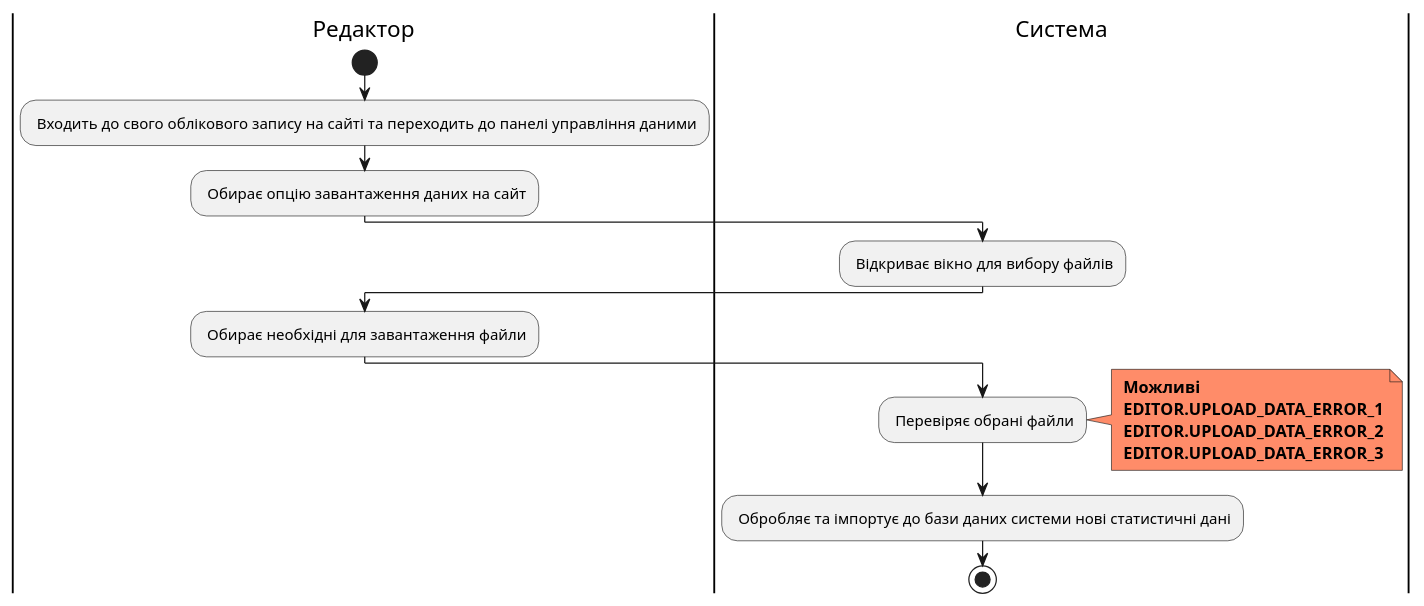
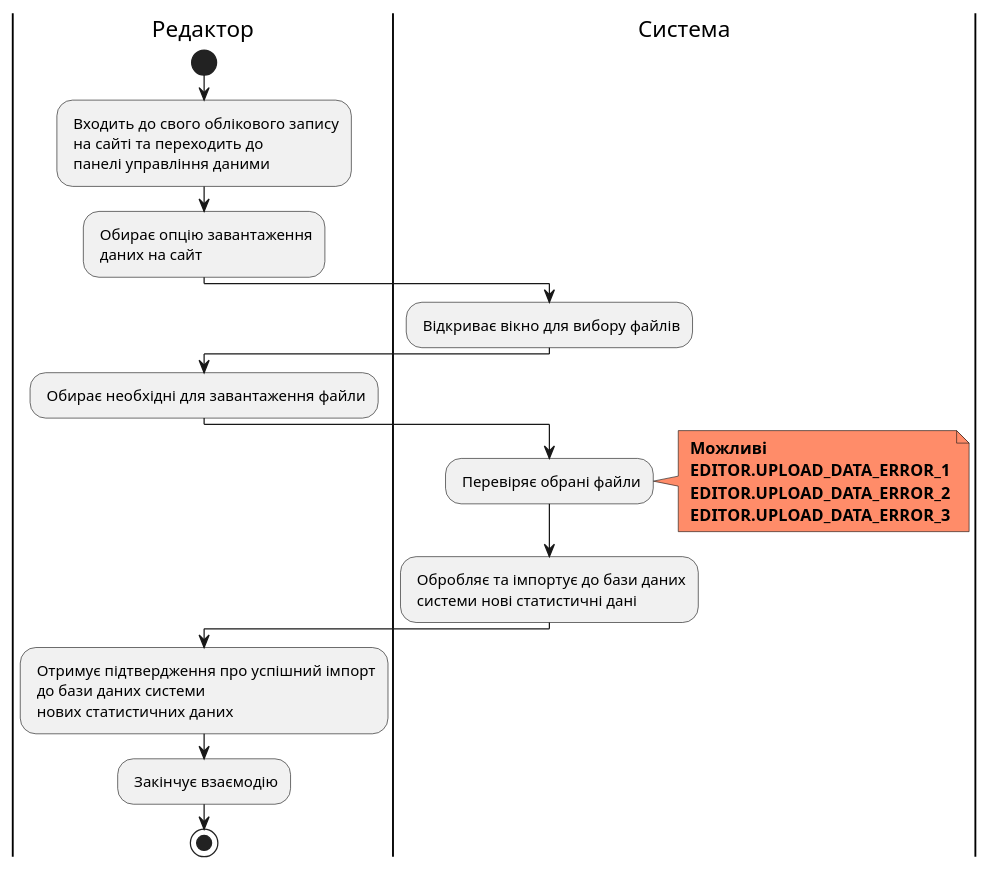
Diagram 13 of 19 in docs/use cases/README.md (edu-db/edu_db_labs), drawn with PlantUML before and after one commit. The commit also changed other lines of this file, not shown here.

```diff
--- a/docs/use cases/README.md
+++ b/docs/use cases/README.md
@@ -879,28 +906,31 @@
 @startuml
 
 |Редактор|
 start;
-: Входить до свого облікового запису на сайті та переходить до панелі управління даними;
-: Обирає опцію завантаження даних на сайт;
+: Входить до свого облікового запису\n на сайті та переходить до\n панелі управління даними;
+: Обирає опцію завантаження\n даних на сайт;
 
 |Система|
 : Відкриває вікно для вибору файлів;
 
 |Редактор|
 : Обирає необхідні для завантаження файли;
 
 |Система|
 : Перевіряє обрані файли;
 
 note right #ff8c69
 <b> Можливі
 <b> EDITOR.UPLOAD_DATA_ERROR_1
 <b> EDITOR.UPLOAD_DATA_ERROR_2
 <b> EDITOR.UPLOAD_DATA_ERROR_3
 end note
 
-: Обробляє та імпортує до бази даних системи нові статистичні дані;
+: Обробляє та імпортує до бази даних\n системи нові статистичні дані;
 
+|Редактор|
+: Отримує підтвердження про успішний імпорт\n до бази даних системи\n нових статистичних даних;
+: Закінчує взаємодію;
   stop;
 
 @enduml
```
